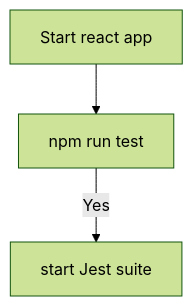
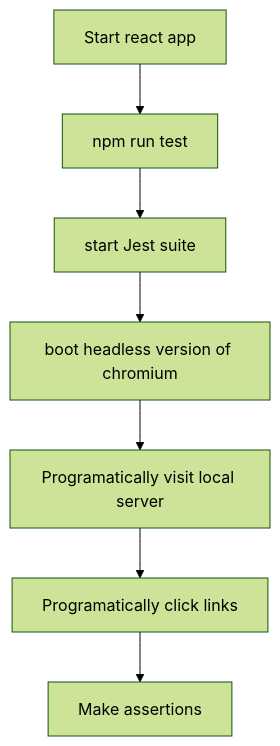
The diagram in README.md (gauravrai/node-blog), drawn with Mermaid (forest theme) before and after one commit.

Commit message:
add flow for test

````diff
--- a/README.md
+++ b/README.md
@@ -28,6 +28,9 @@
 ```mermaid
 flowchart TD
     A[Start react app]-->B[npm run test];
-    B--Yes-->C[start Jest suite];
-
+    B-->C[start Jest suite];
+    C-->D[boot headless version of chromium];
+    D-->E[Programatically visit local server];
+    E-->F[Programatically click links];
+    F-->G[Make assertions];
 ```
````
